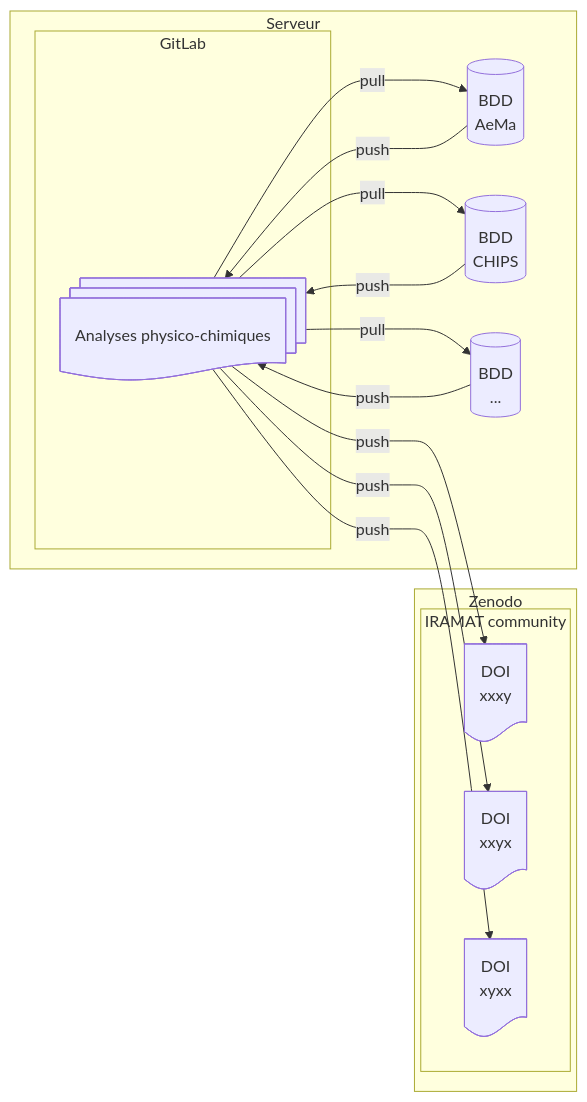
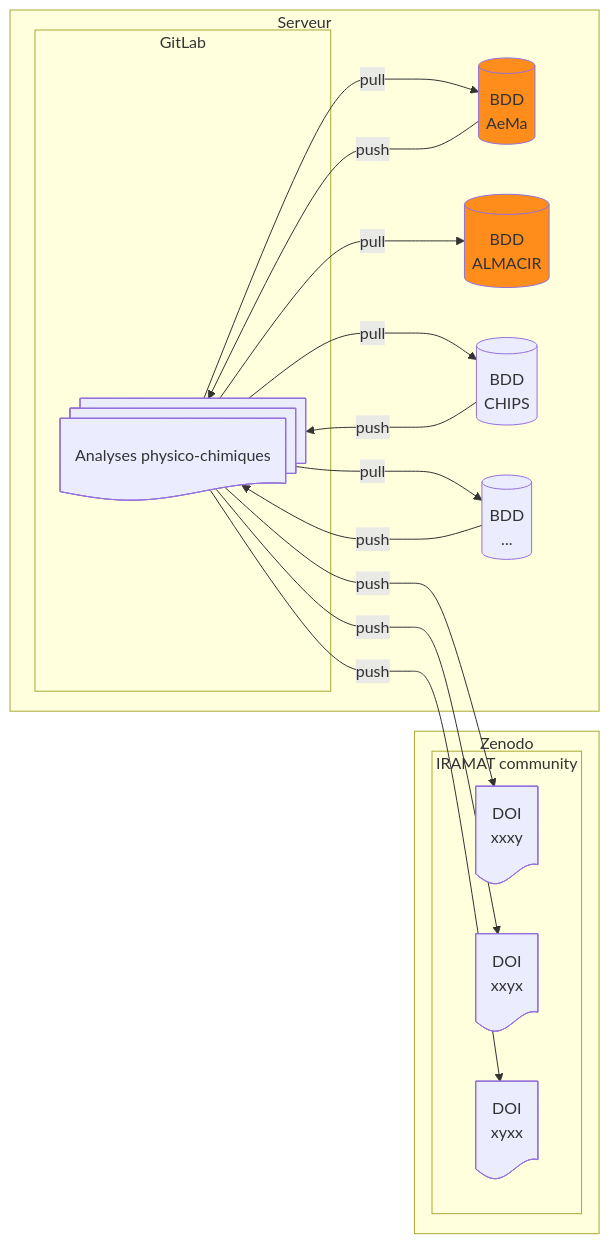
One commit to iramat/iramat-dev changed the diagram in dbs/README.md. Above: the diagram before and after it, drawn with Mermaid. The commit also changed other lines of this file, not shown here.

````diff
--- a/dbs/README.md
+++ b/dbs/README.md
@@ -5,23 +5,26 @@
 ```mermaid
 flowchart LR
 subgraph Serveur
     subgraph GitLab
         A@{ shape: docs, label: "Analyses physico-chimiques" }
     end
     A -- pull --> B[(BDD<br>AeMa)];
+    A -- pull --> H[(BDD<br>ALMACIR)];
     A -- pull --> C[(BDD<br>CHIPS)];
     A -- pull --> D[(BDD<br>...)];
     B -- push --> A;
     C -- push --> A;
     D -- push --> A;
 end
 subgraph Zenodo
     subgraph IRAMAT community
         A -- push --> E@{ shape: doc, label: "DOI<br>xxxy" }
         A -- push --> F@{ shape: doc, label: "DOI<br>xxyx" }
         A -- push --> G@{ shape: doc, label: "DOI<br>xyxx" }
     end
 end
 
 click A "https://github.com/zoometh/iramat-test/blob/main/dbs/analysis_results.tsv" _blank
+style B fill:#FF8D1B
+style H fill:#FF8D1B
 ```
````
